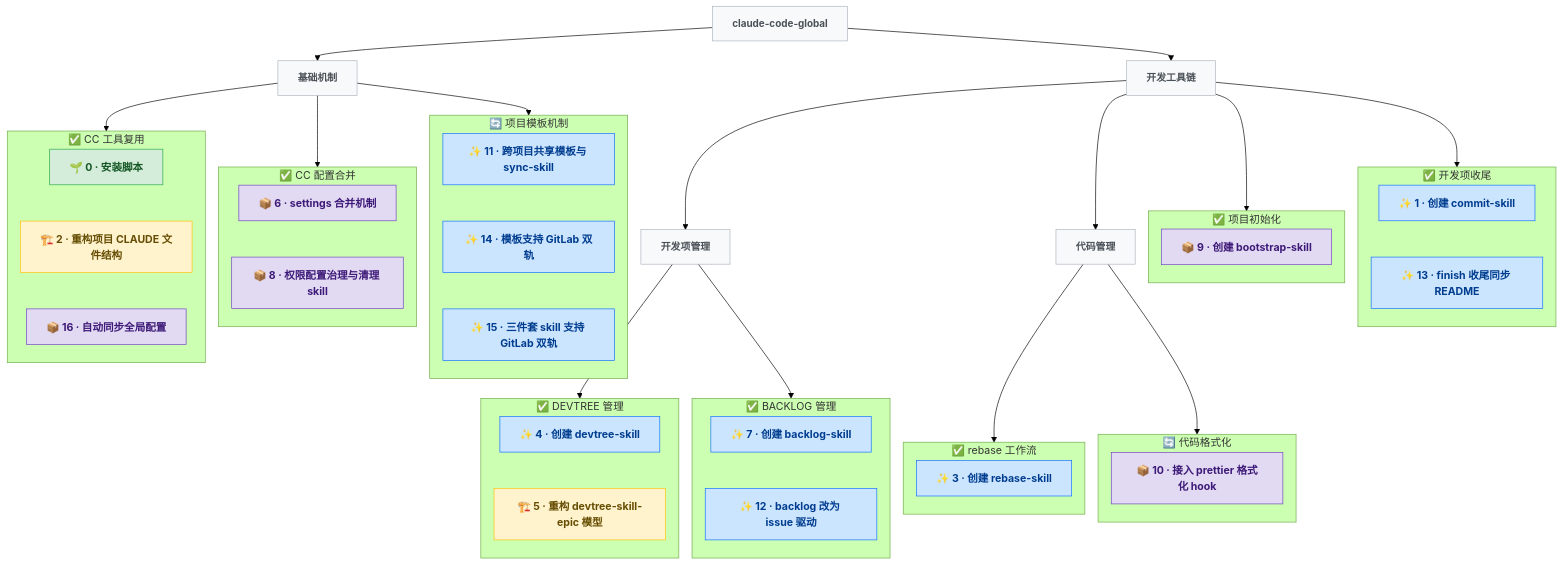
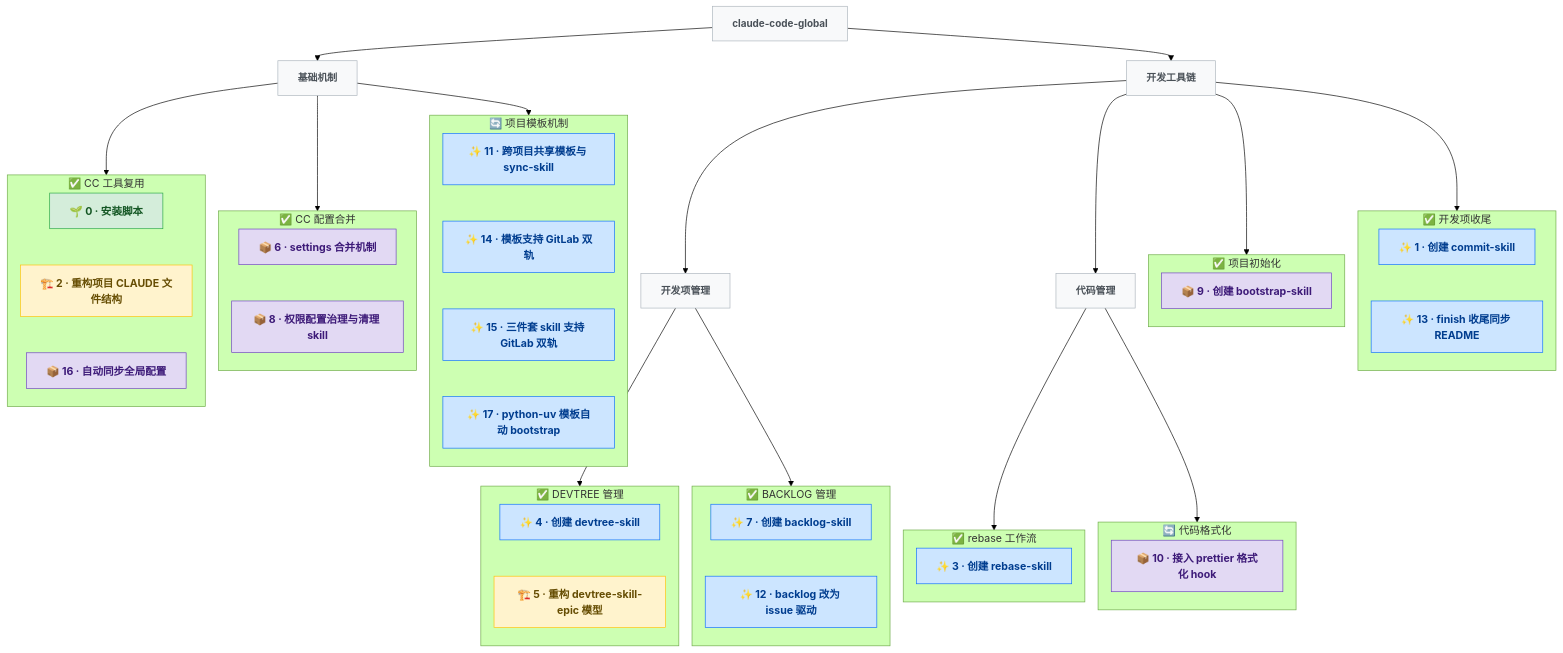
One commit to pkulijing/claude-code-global changed the diagram in docs/DEVTREE.md. Above: the diagram before and after it, drawn with Mermaid (forest theme). The commit also changed other lines of this file and 9 other files, not shown here.

First line of the commit message:
feat(template): python-uv 模板首次接入自动 bootstrap 项目

```diff
--- a/docs/DEVTREE.md
+++ b/docs/DEVTREE.md
@@ -62,8 +62,10 @@
     N11["✨ 11 · 跨项目共享模板与 sync-skill"]:::feature
     N14["✨ 14 · 模板支持 GitLab 双轨"]:::feature
     N15["✨ 15 · 三件套 skill 支持 GitLab 双轨"]:::feature
+    N17["✨ 17 · python-uv 模板自动 bootstrap"]:::feature
     N11 ~~~ N14
     N14 ~~~ N15
+    N15 ~~~ N17
   end
 
   subgraph e_bootstrap["✅ 项目初始化"]
```
